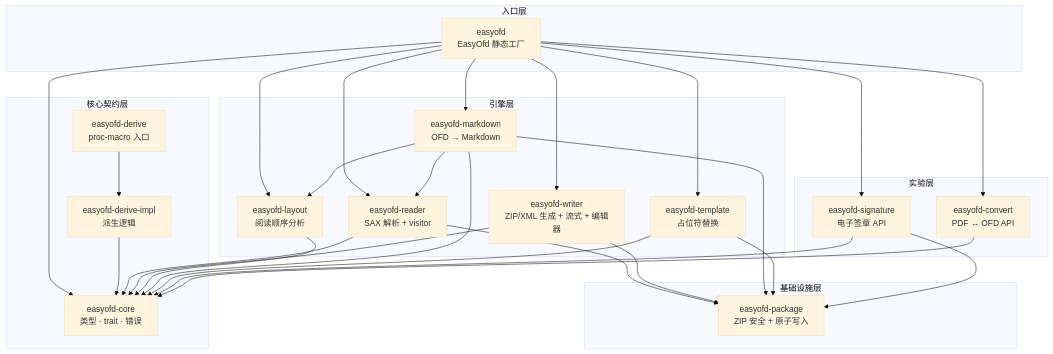
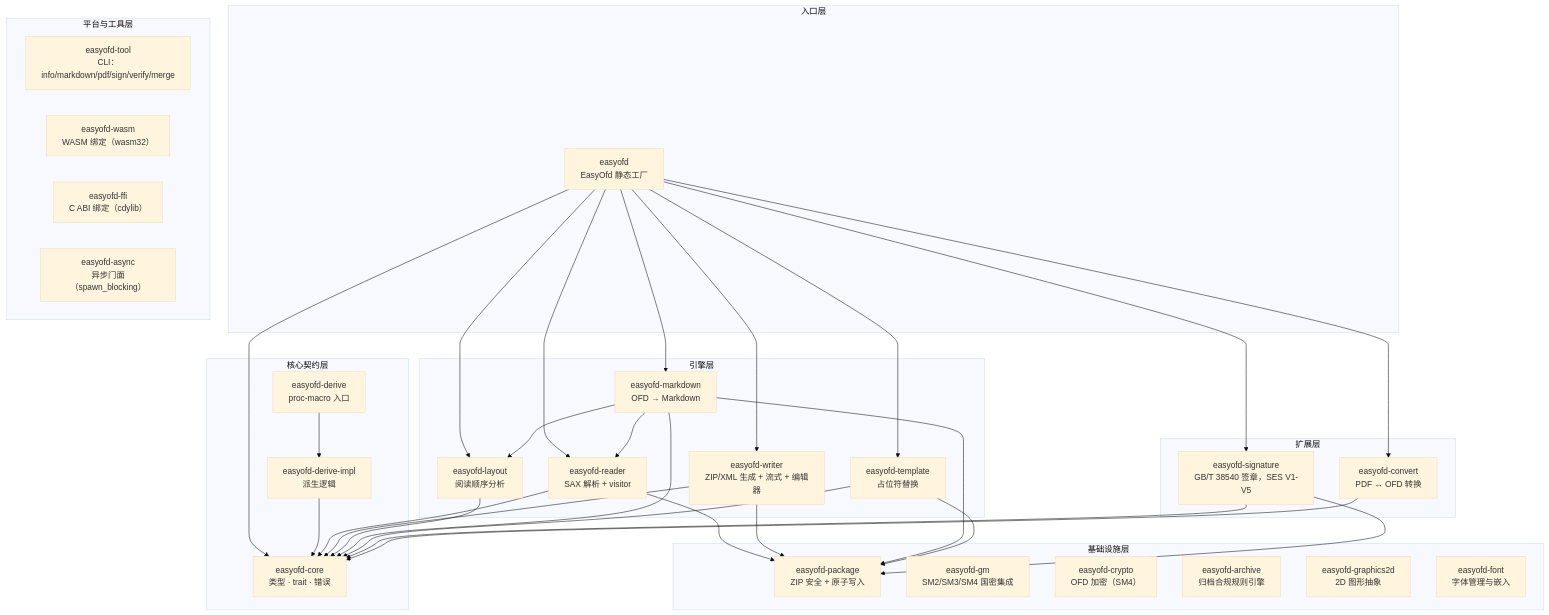
One commit to easy-4-rust/easyofd-rust changed the first of 6 diagrams in docs/easyofd-rust-Architecture.zh_CN.md. Above: the diagram before and after it, drawn with Mermaid (base theme). The commit also changed other lines of this file and 8 other files, not shown here.

````diff
--- a/docs/easyofd-rust-Architecture.zh_CN.md
+++ b/docs/easyofd-rust-Architecture.zh_CN.md
@@ -217,56 +219,68 @@
 ```mermaid
 flowchart TB
     subgraph Facade["入口层"]
         EASYOFD["easyofd<br/>EasyOfd 静态工厂"]
     end
 
     subgraph Core["核心契约层"]
         CORE["easyofd-core<br/>类型 · trait · 错误"]
         DERIVE["easyofd-derive<br/>proc-macro 入口"]
         DERIVE_IMPL["easyofd-derive-impl<br/>派生逻辑"]
     end
 
     subgraph Engine["引擎层"]
         READER["easyofd-reader<br/>SAX 解析 + visitor"]
         WRITER["easyofd-writer<br/>ZIP/XML 生成 + 流式 + 编辑器"]
         LAYOUT["easyofd-layout<br/>阅读顺序分析"]
         MARKDOWN["easyofd-markdown<br/>OFD → Markdown"]
         TEMPLATE["easyofd-template<br/>占位符替换"]
     end
 
     subgraph Infrastructure["基础设施层"]
         PACKAGE["easyofd-package<br/>ZIP 安全 + 原子写入"]
+        GM["easyofd-gm<br/>SM2/SM3/SM4 国密集成"]
+        CRYPTO["easyofd-crypto<br/>OFD 加密（SM4）"]
+        ARCHIVE["easyofd-archive<br/>归档合规规则引擎"]
+        GRAPHICS2D["easyofd-graphics2d<br/>2D 图形抽象"]
+        FONT["easyofd-font<br/>字体管理与嵌入"]
     end
 
-    subgraph Experimental["实验层"]
-        SIGNATURE["easyofd-signature<br/>电子签章 API"]
-        CONVERT["easyofd-convert<br/>PDF ↔ OFD API"]
+    subgraph Extensions["扩展层"]
+        SIGNATURE["easyofd-signature<br/>GB/T 38540 签章，SES V1-V5"]
+        CONVERT["easyofd-convert<br/>PDF ↔ OFD 转换"]
+    end
+
+    subgraph Platform["平台与工具层"]
+        TOOL["easyofd-tool<br/>CLI：info/markdown/pdf/sign/verify/merge"]
+        WASM["easyofd-wasm<br/>WASM 绑定（wasm32）"]
+        FFI["easyofd-ffi<br/>C ABI 绑定（cdylib）"]
+        ASYNC["easyofd-async<br/>异步门面（spawn_blocking）"]
     end
 
     EASYOFD --> CORE
     EASYOFD --> READER
     EASYOFD --> WRITER
     EASYOFD --> LAYOUT
     EASYOFD --> MARKDOWN
     EASYOFD --> TEMPLATE
     EASYOFD --> SIGNATURE
     EASYOFD --> CONVERT
 
     DERIVE --> DERIVE_IMPL
     DERIVE_IMPL --> CORE
 
     READER --> CORE
     READER --> PACKAGE
     WRITER --> CORE
     WRITER --> PACKAGE
     LAYOUT --> CORE
     MARKDOWN --> CORE
     MARKDOWN --> READER
     MARKDOWN --> LAYOUT
     MARKDOWN --> PACKAGE
     TEMPLATE --> CORE
     TEMPLATE --> PACKAGE
     SIGNATURE --> CORE
     SIGNATURE --> PACKAGE
     CONVERT --> CORE
 ```
````
